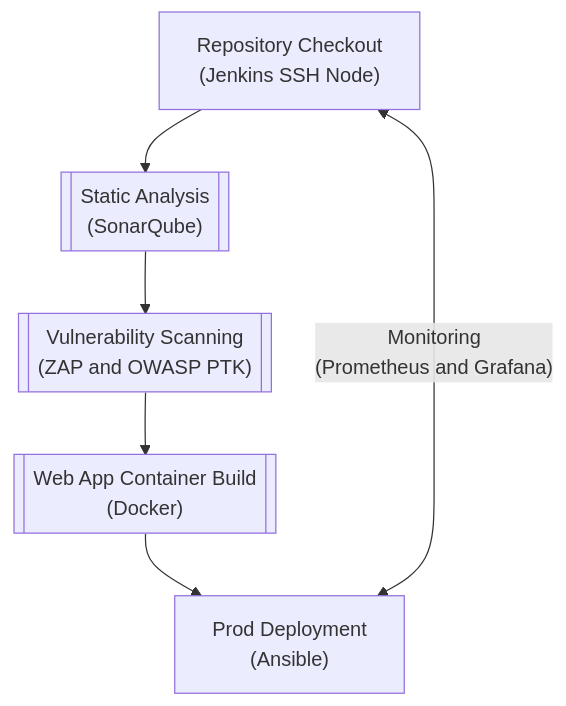
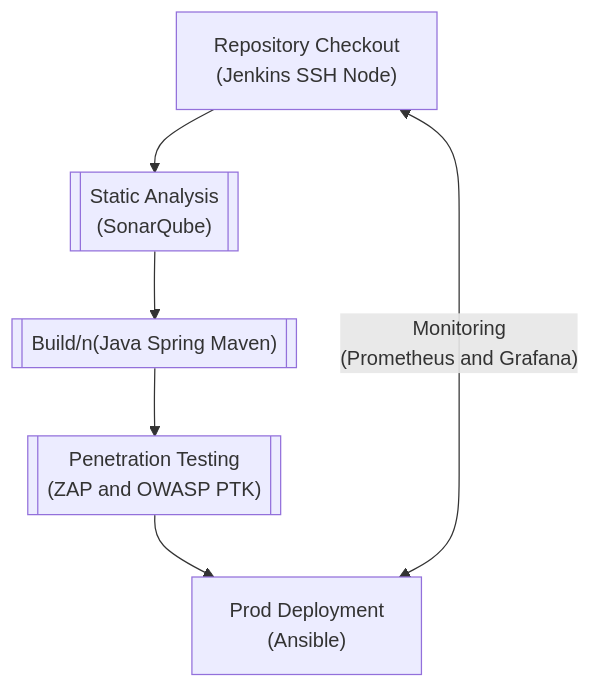
The diagram in README.md (soobinrho/17636-devsecops-industry-best-practices), drawn with Mermaid before and after one commit.

Commit message:
docs: reflet change in architecture

````diff
--- a/README.md
+++ b/README.md
@@ -31,8 +31,8 @@
 ```mermaid
 graph TD;
     A["Repository Checkout\n(Jenkins SSH Node)"]-->B[["Static Analysis\n(SonarQube)"]];
-    B-->C[["Vulnerability Scanning\n(ZAP and OWASP PTK)"]];
-    C-->D[["Web App Container Build\n(Docker)"]]
+    B-->C[["Build/n(Java Spring Maven)"]];
+    C-->D[["Penetration Testing\n(ZAP and OWASP PTK)"]]
     D-->E["Prod Deployment\n(Ansible)"]
     A<-->|"Monitoring\n(Prometheus and Grafana)"| E
 ```
````
